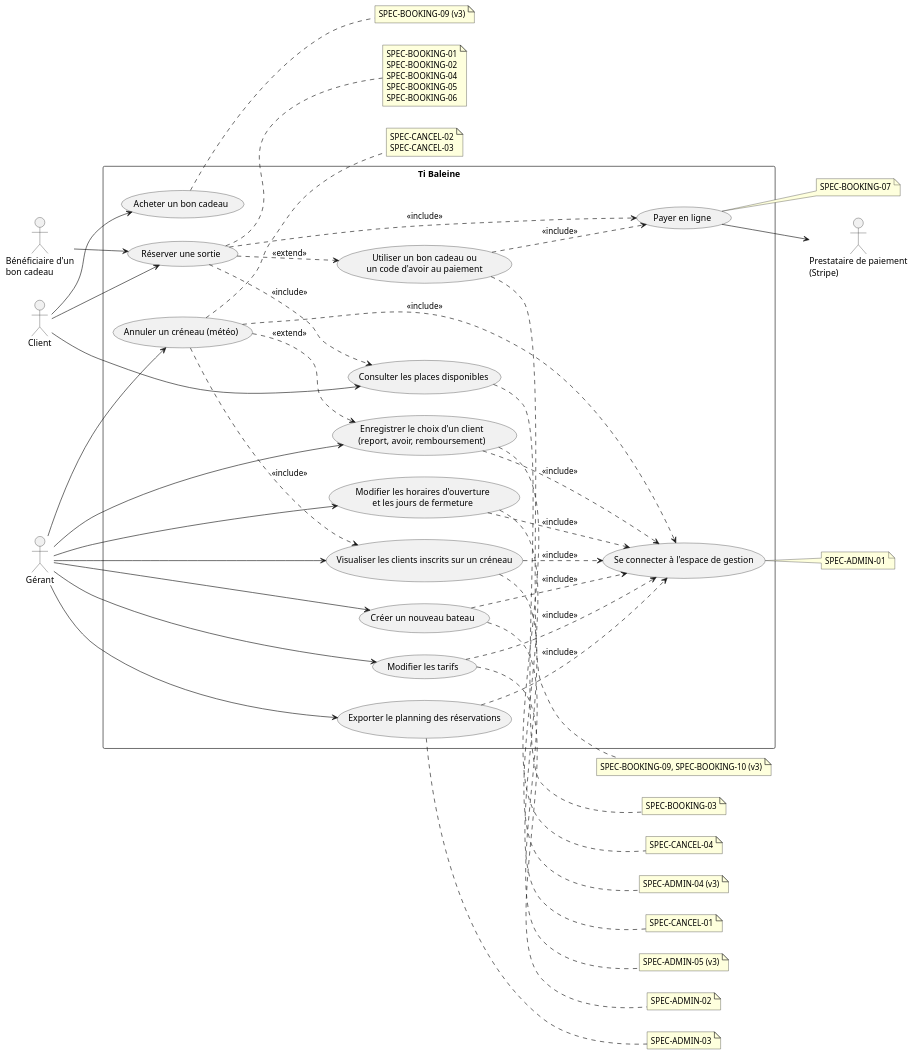
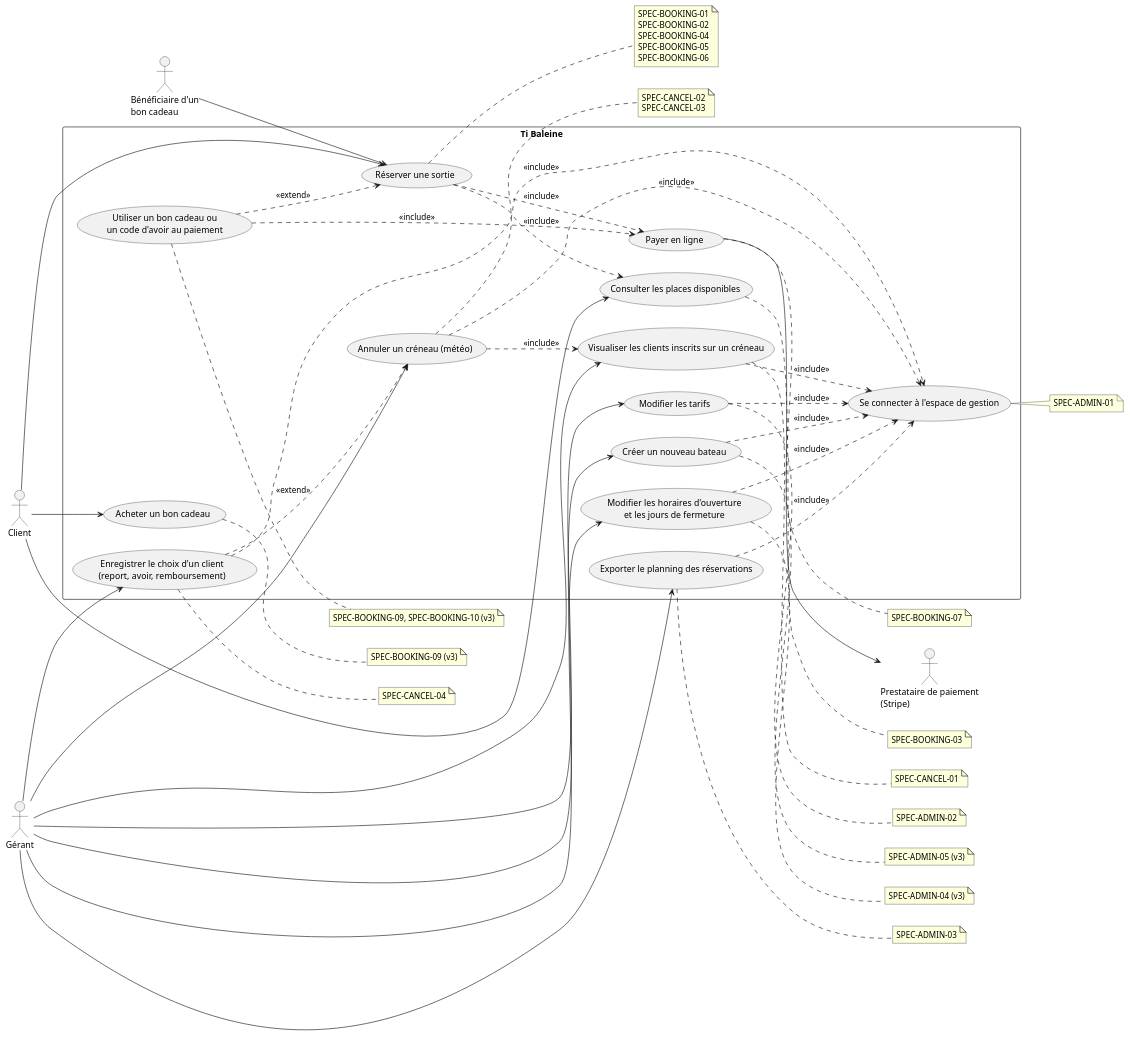
The diagram in docs/uml/use-cases.puml (IamArayel/CDA9-Analyse-et-Conception-d-Applications), drawn with PlantUML before and after one commit. The commit also changed 3 other files, not shown here.

First line of the commit message:
docs(uml): ajout des trois diagrammes de séquence et corriction des extend

```diff
--- a/docs/uml/use-cases.puml
+++ b/docs/uml/use-cases.puml
@@ -1,115 +1,115 @@
 @startuml use-cases
 ' Diagramme de cas d'utilisation — Ti Baleine
 ' Vocabulaire client (cf. cahier-des-charges.md §13 Glossaire).
 ' Chaque cas cite la/les spécifications qu'il réalise (specs/*.md).
 
 left to right direction
 
 actor "Client" as Client
 actor "Gérant" as Gerant
 actor "Prestataire de paiement\n(Stripe)" as Stripe
 
 actor "Bénéficiaire d'un\nbon cadeau" as Beneficiaire
 
 rectangle "Ti Baleine" {
   usecase "Consulter les places disponibles" as UC1
   usecase "Réserver une sortie" as UC2
   usecase "Payer en ligne" as UC3
   usecase "Se connecter à l'espace de gestion" as UC9
   usecase "Modifier les tarifs" as UC4
   usecase "Exporter le planning des réservations" as UC5
   usecase "Visualiser les clients inscrits sur un créneau" as UC6
   usecase "Annuler un créneau (météo)" as UC7
   usecase "Enregistrer le choix d'un client\n(report, avoir, remboursement)" as UC8
   usecase "Acheter un bon cadeau" as UC10
   usecase "Utiliser un bon cadeau ou\nun code d'avoir au paiement" as UC11
   usecase "Modifier les horaires d'ouverture\net les jours de fermeture" as UC12
   usecase "Créer un nouveau bateau" as UC13
 }
 
 Client --> UC1
 Client --> UC2
 Client --> UC10
 UC2 ..> UC1 : <<include>>
 UC2 ..> UC3 : <<include>>
 UC3 --> Stripe
 
 Beneficiaire --> UC2
-UC2 ..> UC11 : <<extend>>
+UC11 ..> UC2 : <<extend>>
 UC11 ..> UC3 : <<include>>
 
 Gerant --> UC4
 Gerant --> UC5
 Gerant --> UC6
 Gerant --> UC7
 Gerant --> UC8
 Gerant --> UC12
 Gerant --> UC13
 UC7 ..> UC6 : <<include>>
-UC7 ..> UC8 : <<extend>>
+UC8 ..> UC7 : <<extend>>
 UC4 ..> UC9 : <<include>>
 UC5 ..> UC9 : <<include>>
 UC6 ..> UC9 : <<include>>
 UC7 ..> UC9 : <<include>>
 UC8 ..> UC9 : <<include>>
 UC12 ..> UC9 : <<include>>
 UC13 ..> UC9 : <<include>>
 
 note right of UC1
   SPEC-BOOKING-03
 end note
 
 note right of UC2
   SPEC-BOOKING-01
   SPEC-BOOKING-02
   SPEC-BOOKING-04
   SPEC-BOOKING-05
   SPEC-BOOKING-06
 end note
 
 note right of UC3
   SPEC-BOOKING-07
 end note
 
 note right of UC9
   SPEC-ADMIN-01
 end note
 
 note right of UC4
   SPEC-ADMIN-02
 end note
 
 note right of UC5
   SPEC-ADMIN-03
 end note
 
 note right of UC6
   SPEC-CANCEL-01
 end note
 
 note right of UC7
   SPEC-CANCEL-02
   SPEC-CANCEL-03
 end note
 
 note right of UC8
   SPEC-CANCEL-04
 end note
 
 note right of UC10
   SPEC-BOOKING-09 (v3)
 end note
 
 note right of UC11
   SPEC-BOOKING-09, SPEC-BOOKING-10 (v3)
 end note
 
 note right of UC12
   SPEC-ADMIN-04 (v3)
 end note
 
 note right of UC13
   SPEC-ADMIN-05 (v3)
 end note
 
 @enduml
```
